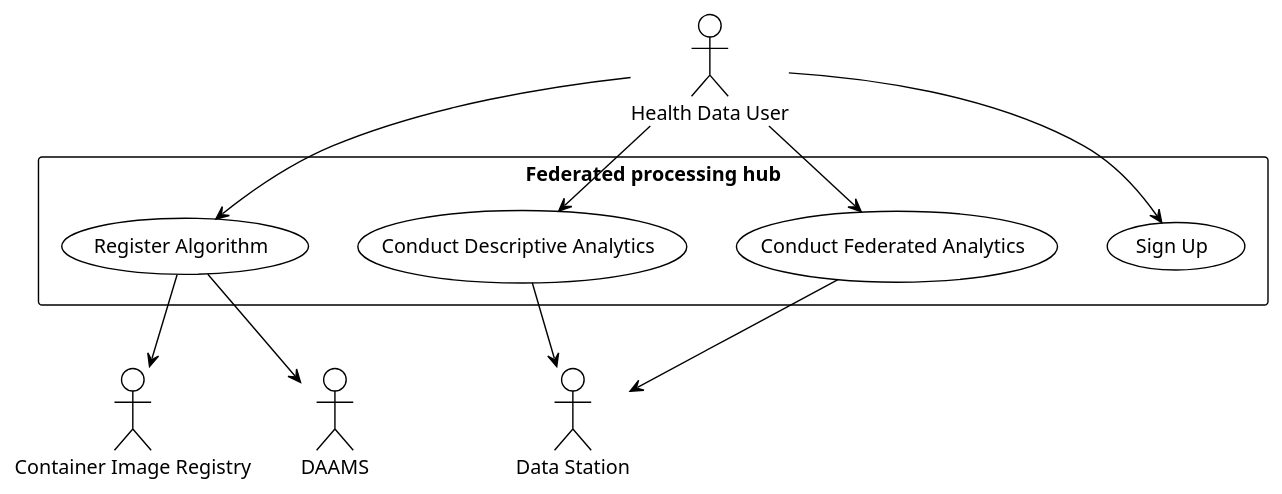
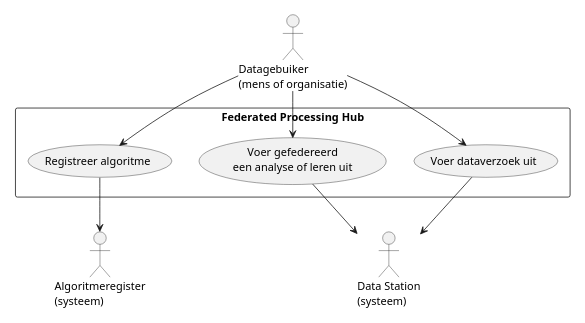
The first of 2 diagrams in docs/proces/analyseren.md (Health-RI/data-station-specification), drawn with PlantUML before and after one commit. The commit also changed other lines of this file and 6 other files, not shown here.

````diff
--- a/docs/proces/analyseren.md
+++ b/docs/proces/analyseren.md
@@ -7,26 +20,23 @@
 ```puml
 @startuml
-!theme plain
+scale max 400 width
 
-actor "Health Data User" as HDU
-actor "Data Station" as DS
-actor "Container Image Registry" as CIR
-actor "DAAMS" as DAAMS
-rectangle "Federated processing hub" {
-  usecase "Sign Up" as UC1
-  usecase “Register Algorithm” as UC2
-  usecase "Conduct Federated Analytics" as UC3
-  usecase "Conduct Descriptive Analytics" as UC4
+actor "Datagebuiker\n(mens of organisatie)" as HDU
+actor "Data Station\n(systeem)" as DS
+actor "Algoritmeregister\n(systeem)" as CIR
+rectangle "Federated Processing Hub" {
+  usecase “Registreer algoritme” as UC1
+  usecase "Voer gefedereerd\neen analyse of leren uit" as UC2
+  usecase "Voer dataverzoek uit" as UC3
 }
+
 HDU --> UC1
 HDU --> UC2
 HDU --> UC3
-HDU --> UC4
 
-UC2 --> DAAMS
-UC2 --> CIR
+UC1 --> CIR
+UC2 --> DS
 UC3 --> DS
-UC4 --> DS
 
 @enduml
 ```
````
